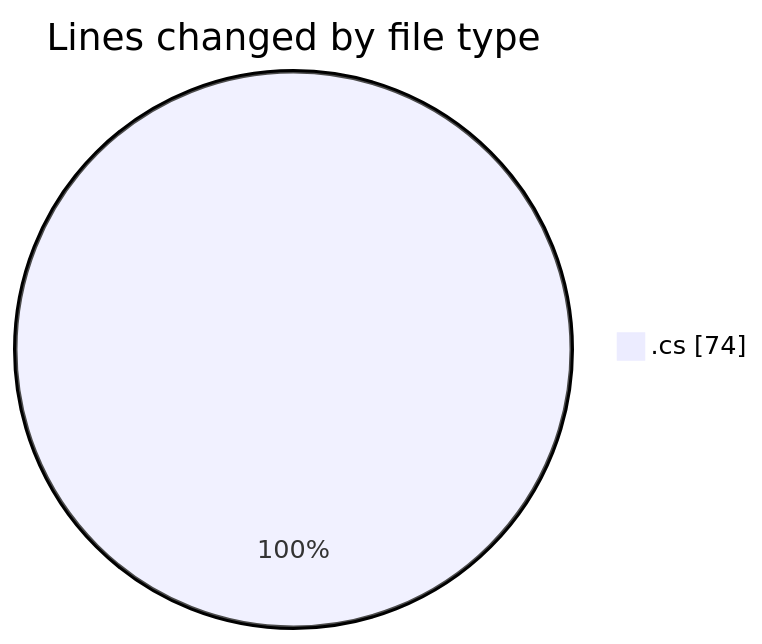
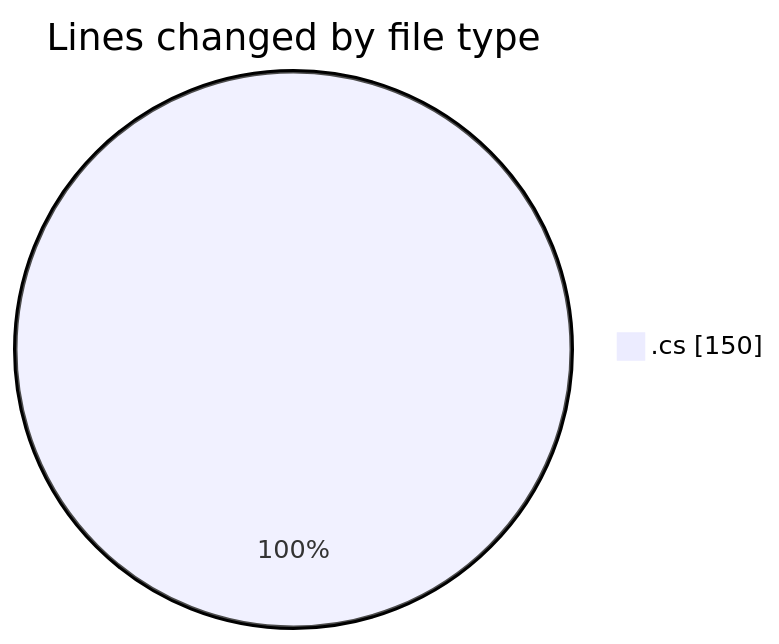
Before and after one commit to Netris89/code-tracking: the first of 2 diagrams in 2025-10-07/skintrack/README.md, drawn with Mermaid. The commit also changed other lines of this file and 1 other file, not shown here.

````diff
--- a/2025-10-07/skintrack/README.md
+++ b/2025-10-07/skintrack/README.md
@@ -21,5 +23,5 @@
 ```mermaid
 pie showData
 title Lines changed by file type
-".cs" : 74
+".cs" : 150
 ```
````
